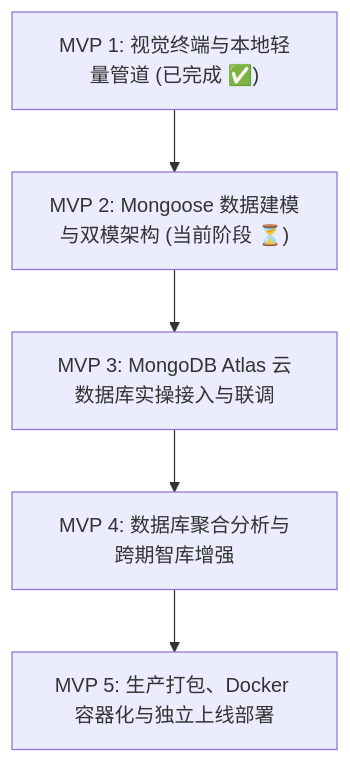
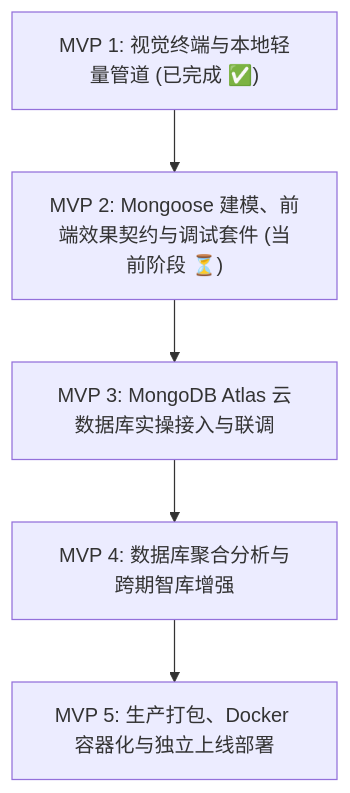
One commit to Shawn-cz/gemini-spark-news changed the diagram in docs/fullstack_mvp_roadmap.md. Above: the diagram before and after it, drawn with Mermaid. The commit also changed other lines of this file, not shown here.

````diff
--- a/docs/fullstack_mvp_roadmap.md
+++ b/docs/fullstack_mvp_roadmap.md
@@ -11,10 +11,10 @@
 ```mermaid
 flowchart TD
     MVP1["MVP 1: 视觉终端与本地轻量管道 (已完成 ✅)"]
-    MVP2["MVP 2: Mongoose 数据建模与双模架构 (当前阶段 ⏳)"]
+    MVP2["MVP 2: Mongoose 建模、前端效果契约与调试套件 (当前阶段 ⏳)"]
     MVP3["MVP 3: MongoDB Atlas 云数据库实操接入与联调"]
     MVP4["MVP 4: 数据库聚合分析与跨期智库增强"]
     MVP5["MVP 5: 生产打包、Docker 容器化与独立上线部署"]
 
     MVP1 --> MVP2 --> MVP3 --> MVP4 --> MVP5
 ```
````
